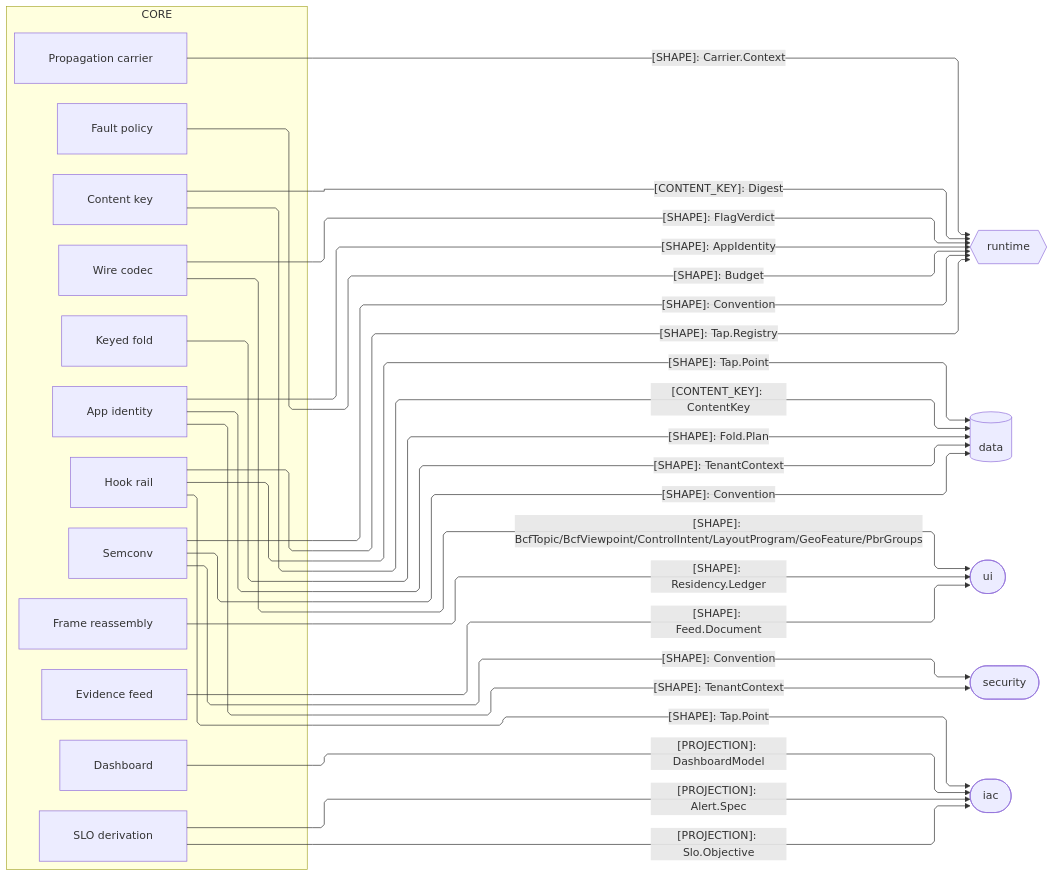
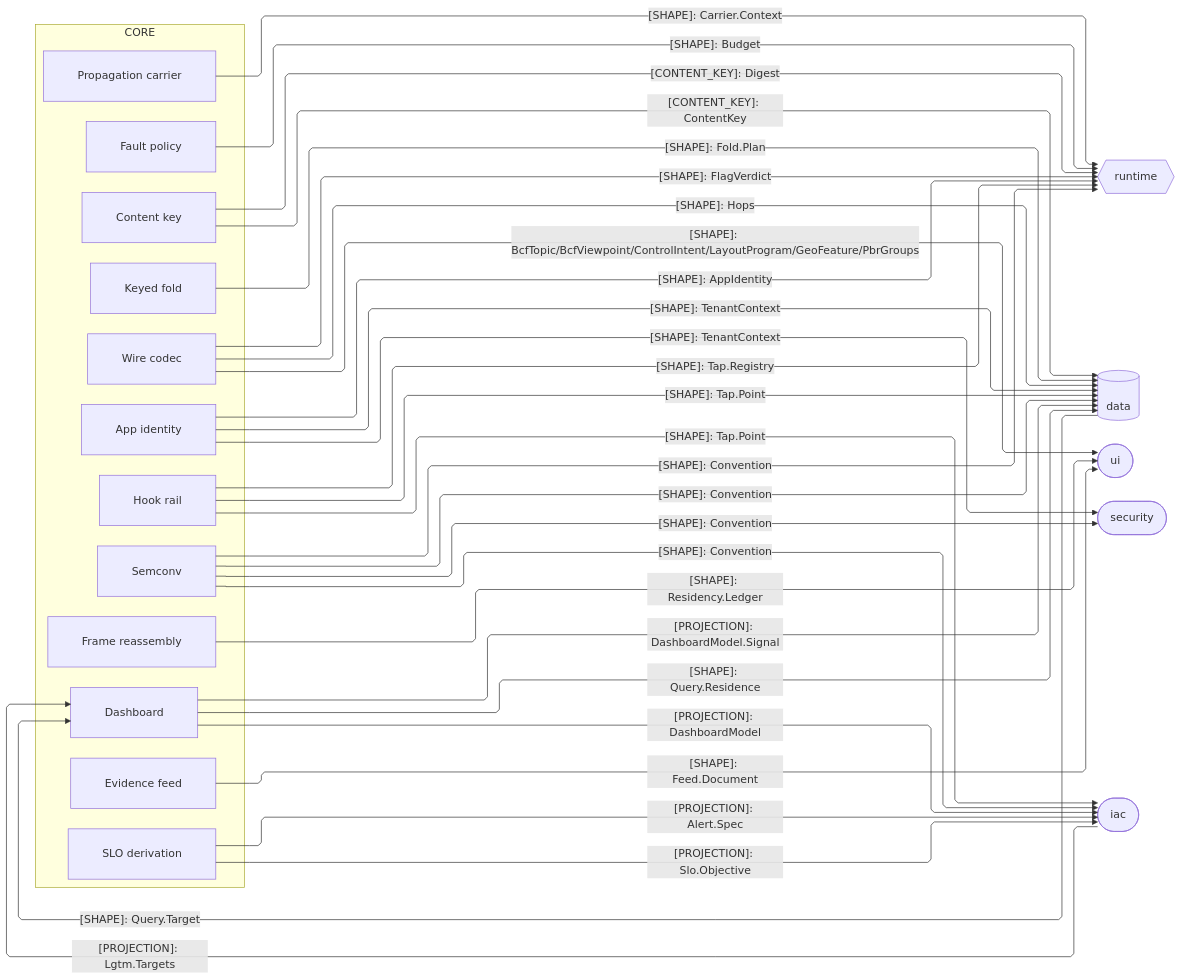
Before and after one commit to bsamiee/Rasm: the third of 3 diagrams in libs/typescript/core/ARCHITECTURE.md, drawn with Mermaid. The commit also changed other lines of this file and 189 other files, not shown here.

````diff
--- a/libs/typescript/core/ARCHITECTURE.md
+++ b/libs/typescript/core/ARCHITECTURE.md
@@ -162,52 +162,58 @@
 ```mermaid
 ---
 config:
   layout: elk
   flowchart:
     curve: linear
     padding: 25
 ---
 flowchart LR
     accTitle: Core TypeScript sibling seam registry
-    accDescr: Core owners handing content identity and decoded shapes to the data, runtime, ui, security, and iac siblings.
+    accDescr: Core owners handing content identity and decoded shapes to the data, runtime, ui, security, and iac siblings, and taking the minted render target back from the data lane and the selected render coordinates back from the deploy plane.
     subgraph core[CORE]
         ContentKey[Content key]
         Codec[Wire codec]
         Frame[Frame reassembly]
         Fold[Keyed fold]
         Feed[Evidence feed]
         Identity[App identity]
         Fault[Fault policy]
         Convention[Semconv]
         Slo[SLO derivation]
         Board[Dashboard]
         Tap[Hook rail]
         Carrier[Propagation carrier]
     end
     Runtime{{runtime}}
     Data[(data)]
     Ui([ui])
     Security([security])
     Iac([iac])
     ContentKey e1@-->|"[CONTENT_KEY]: ContentKey"| Data
     ContentKey e2@-->|"[CONTENT_KEY]: Digest"| Runtime
     Codec e3@-->|"[SHAPE]: FlagVerdict"| Runtime
     Fold e4@-->|"[SHAPE]: Fold.Plan"| Data
     Feed e5@-->|"[SHAPE]: Feed.Document"| Ui
     Identity e6@-->|"[SHAPE]: TenantContext"| Security
     Identity e7@-->|"[SHAPE]: TenantContext"| Data
     Identity e8@-->|"[SHAPE]: AppIdentity"| Runtime
     Fault e9@-->|"[SHAPE]: Budget"| Runtime
     Convention e10@-->|"[SHAPE]: Convention"| Runtime
     Convention e12@-->|"[SHAPE]: Convention"| Data
     Convention e13@-->|"[SHAPE]: Convention"| Security
+    Convention e22@-->|"[SHAPE]: Convention"| Iac
     Board e11@-->|"[PROJECTION]: DashboardModel"| Iac
     Slo e14@-->|"[PROJECTION]: Alert.Spec"| Iac
     Frame e15@-->|"[SHAPE]: Residency.Ledger"| Ui
     Codec e21@-->|"[SHAPE]: BcfTopic/BcfViewpoint/ControlIntent/LayoutProgram/GeoFeature/PbrGroups"| Ui
     Slo e16@-->|"[PROJECTION]: Slo.Objective"| Iac
     Tap e17@-->|"[SHAPE]: Tap.Registry"| Runtime
     Carrier e18@-->|"[SHAPE]: Carrier.Context"| Runtime
     Tap e19@-->|"[SHAPE]: Tap.Point"| Data
     Tap e20@-->|"[SHAPE]: Tap.Point"| Iac
+    Board e23@-->|"[SHAPE]: Query.Residence"| Data
+    Codec e24@-->|"[SHAPE]: Hops"| Data
+    Data e25@-->|"[SHAPE]: Query.Target"| Board
+    Board e26@-->|"[PROJECTION]: DashboardModel.Signal"| Data
+    Iac e27@-->|"[PROJECTION]: Lgtm.Targets"| Board
 ```
````
